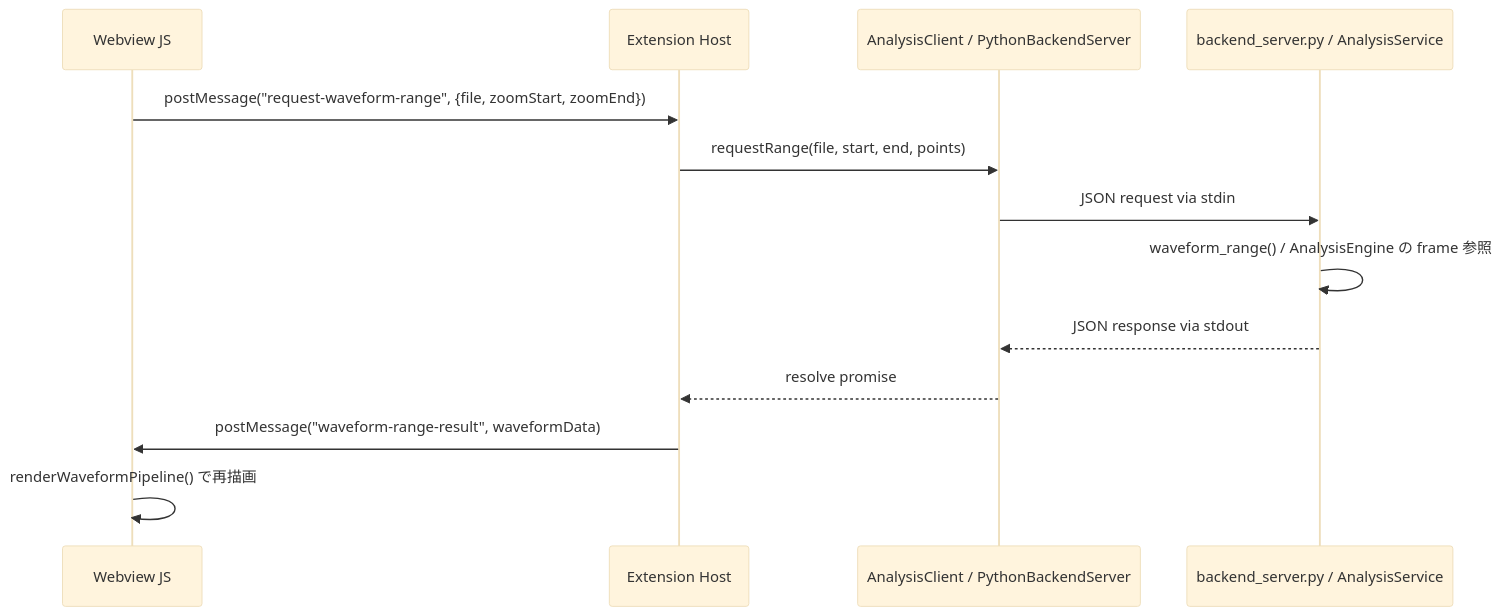
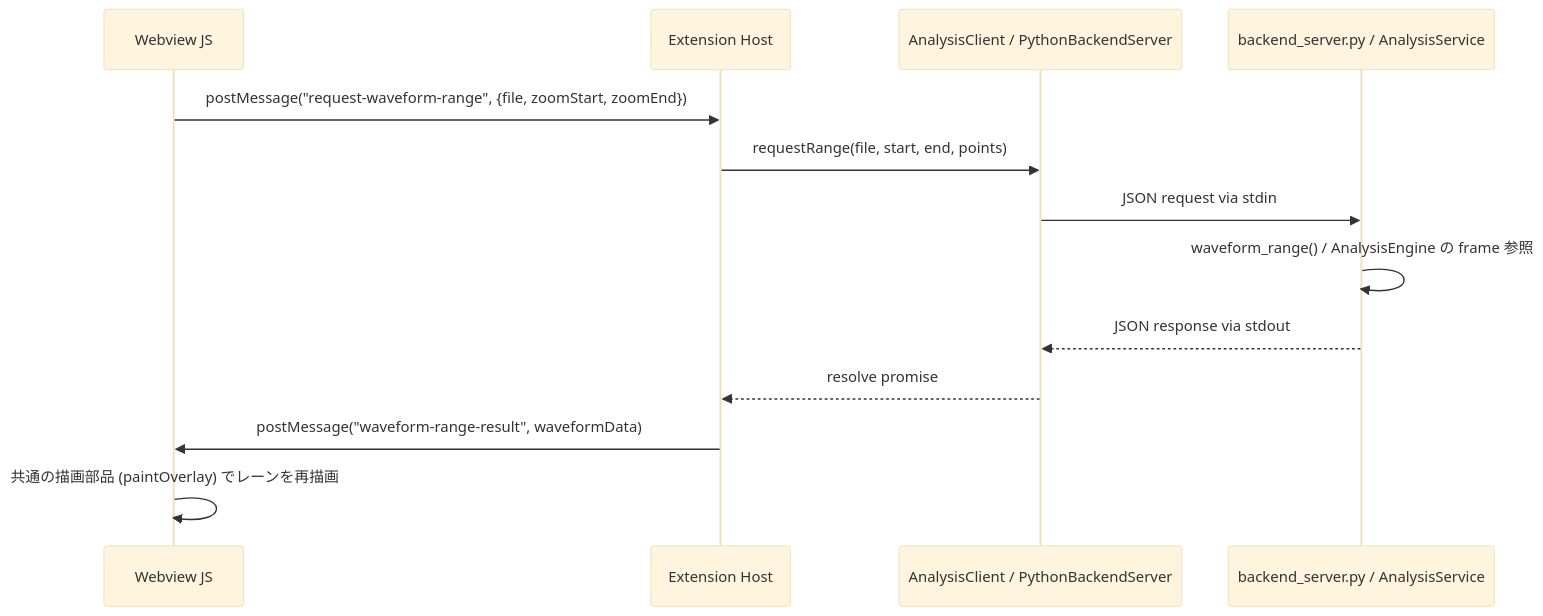
The second of 4 diagrams in docs/architecture.md (kasahart/audio-wandas-analyzer), drawn with Mermaid (base theme) before and after one commit. The commit also changed 11 other files, not shown here.

````diff
--- a/docs/architecture.md
+++ b/docs/architecture.md
@@ -328,16 +328,16 @@
 ```mermaid
 sequenceDiagram
     participant W as Webview JS
     participant E as Extension Host
     participant WS as AnalysisClient / PythonBackendServer
     participant P as backend_server.py / AnalysisService
 
     W->>E: postMessage("request-waveform-range", {file, zoomStart, zoomEnd})
     E->>WS: requestRange(file, start, end, points)
     WS->>P: JSON request via stdin
     P->>P: waveform_range() / AnalysisEngine の frame 参照
     P-->>WS: JSON response via stdout
     WS-->>E: resolve promise
     E->>W: postMessage("waveform-range-result", waveformData)
-    W->>W: renderWaveformPipeline() で再描画
+    W->>W: 共通の描画部品 (paintOverlay) でレーンを再描画
 ```
````
